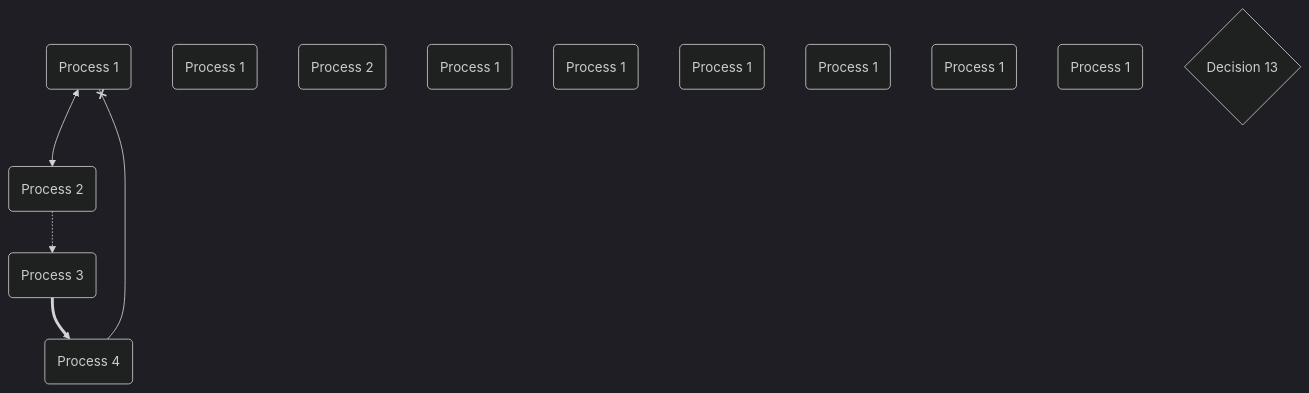
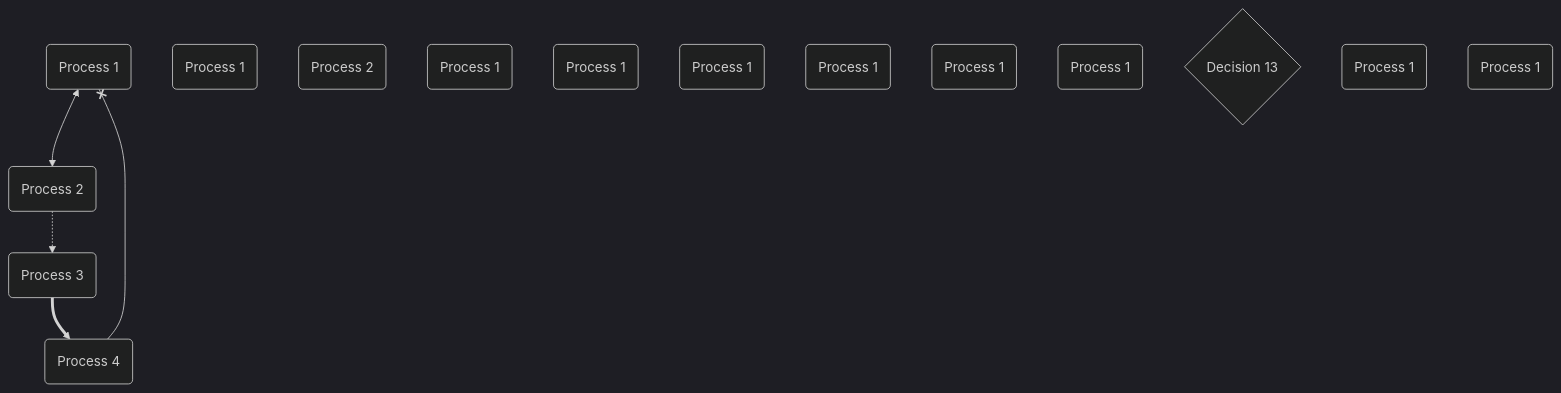
Before and after one commit to pingpm/mermaid_vault: the diagram in mmd/123_04d97162-0453-404a-a3b5-2b88ef3dc39f.mmd, drawn with Mermaid (dark theme). The commit also changed 6 other files, not shown here.

Commit message:
Sync Mermaid Studio data (27 diagrams)

```diff
--- a/mmd/123_04d97162-0453-404a-a3b5-2b88ef3dc39f.mmd
+++ b/mmd/123_04d97162-0453-404a-a3b5-2b88ef3dc39f.mmd
@@ -1,18 +1,20 @@
 flowchart TD
   n_0("Process 1")
   n_1("Process 2")
   n_2("Process 3")
   n_3("Process 4")
   n_4("Process 1")
   n_5("Process 2")
   n_6("Process 1")
   n_7("Process 1")
   n_8("Process 1")
   n_9("Process 1")
   n_10("Process 1")
   n_11("Process 1")
   n_12{"Decision 13"}
+  n_13("Process 1")
+  n_14("Process 1")
   n_0 <--> n_1
   n_1 -.-> n_2
   n_2 ==> n_3
   n_3 --x n_0
```
